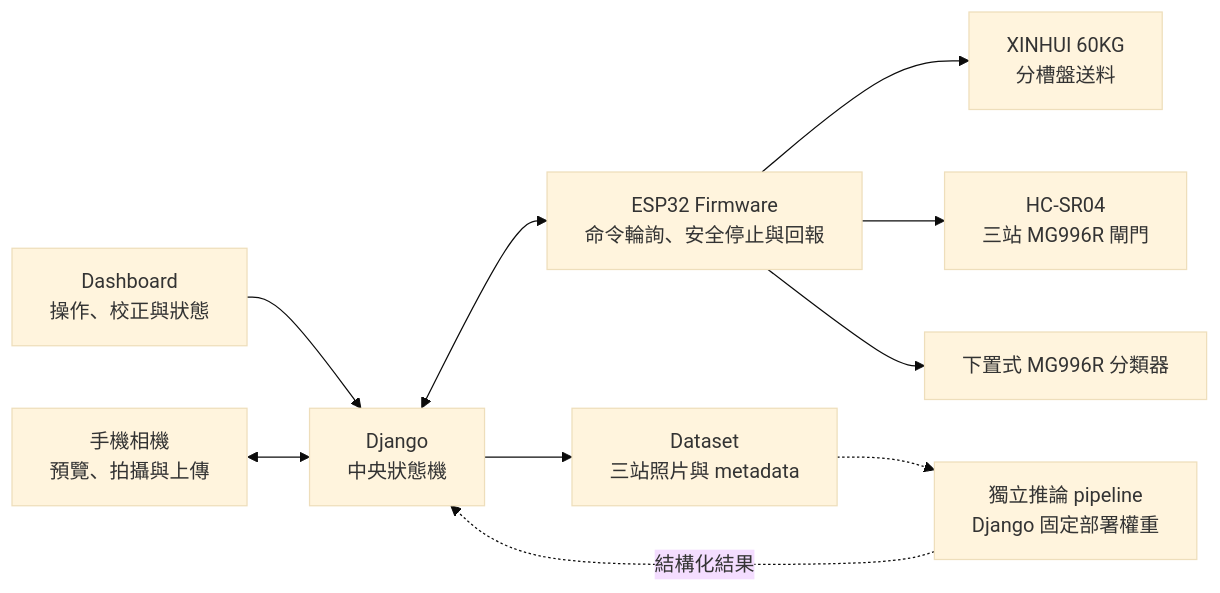
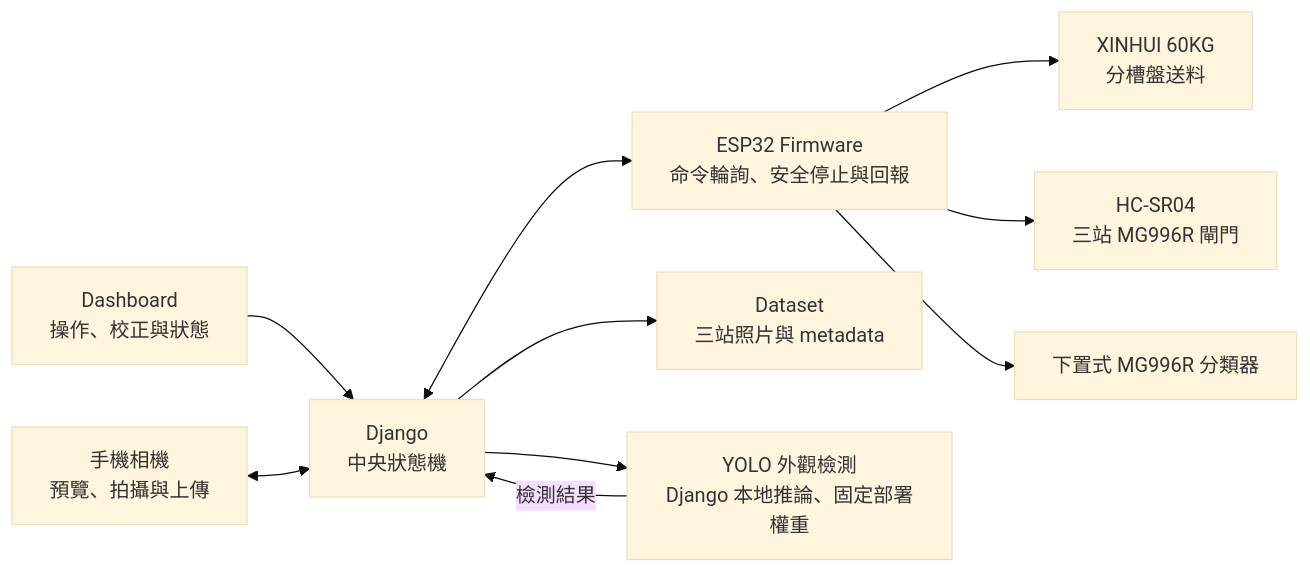
The diagram in README.md (Eten0721/PassionFruit_IoT_hardware), drawn with Mermaid (base theme) before and after one commit. The commit also changed other lines of this file and 32 other files, not shown here.

````diff
--- a/README.md
+++ b/README.md
@@ -29,12 +33,12 @@
 ```mermaid
 flowchart LR
     Dashboard["Dashboard<br/>操作、校正與狀態"] --> Django["Django<br/>中央狀態機"]
     Camera["手機相機<br/>預覽、拍攝與上傳"] <--> Django
     Django <--> ESP32["ESP32 Firmware<br/>命令輪詢、安全停止與回報"]
     ESP32 --> Feeder["XINHUI 60KG<br/>分槽盤送料"]
     ESP32 --> Capture["HC-SR04<br/>三站 MG996R 閘門"]
     ESP32 --> Sorter["下置式 MG996R 分類器"]
     Django --> Dataset["Dataset<br/>三站照片與 metadata"]
-    Dataset -.-> AI["獨立推論 pipeline<br/>Django 固定部署權重"]
-    AI -. 結構化結果 .-> Django
+    Django --> AI["YOLO 外觀檢測<br/>Django 本地推論、固定部署權重"]
+    AI -- 檢測結果 --> Django
 ```
````
